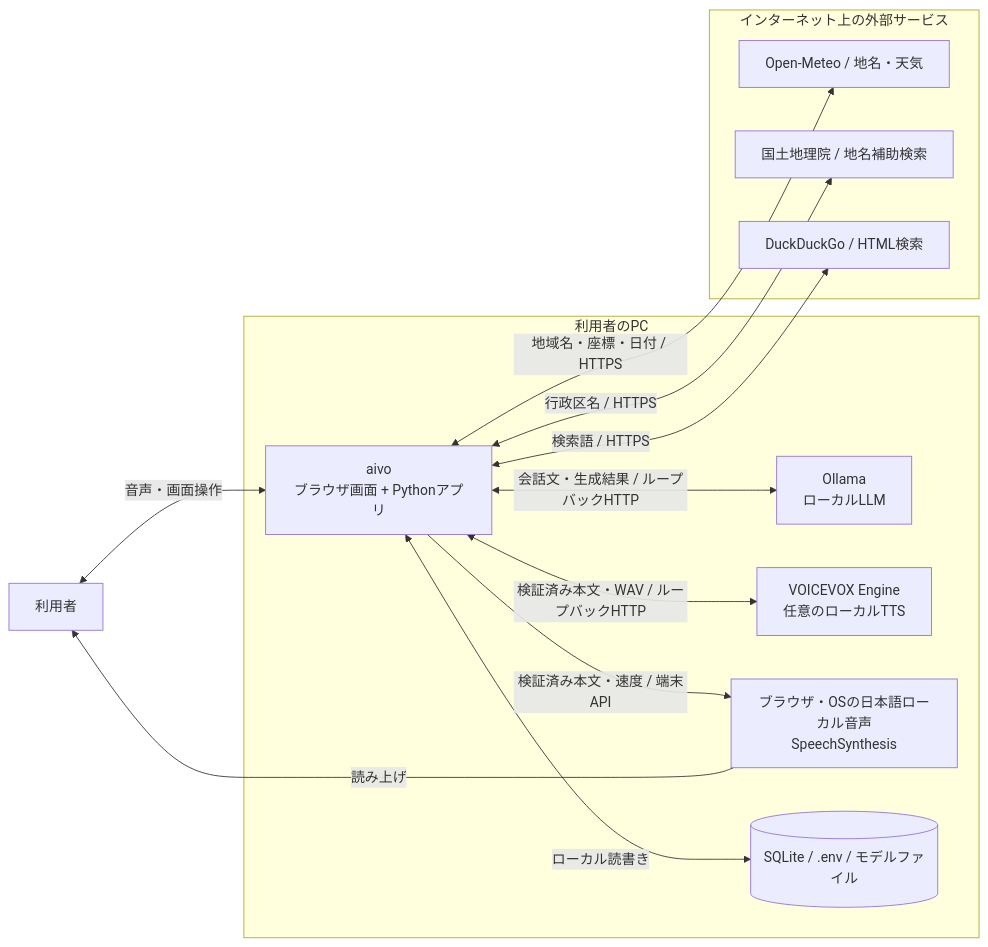
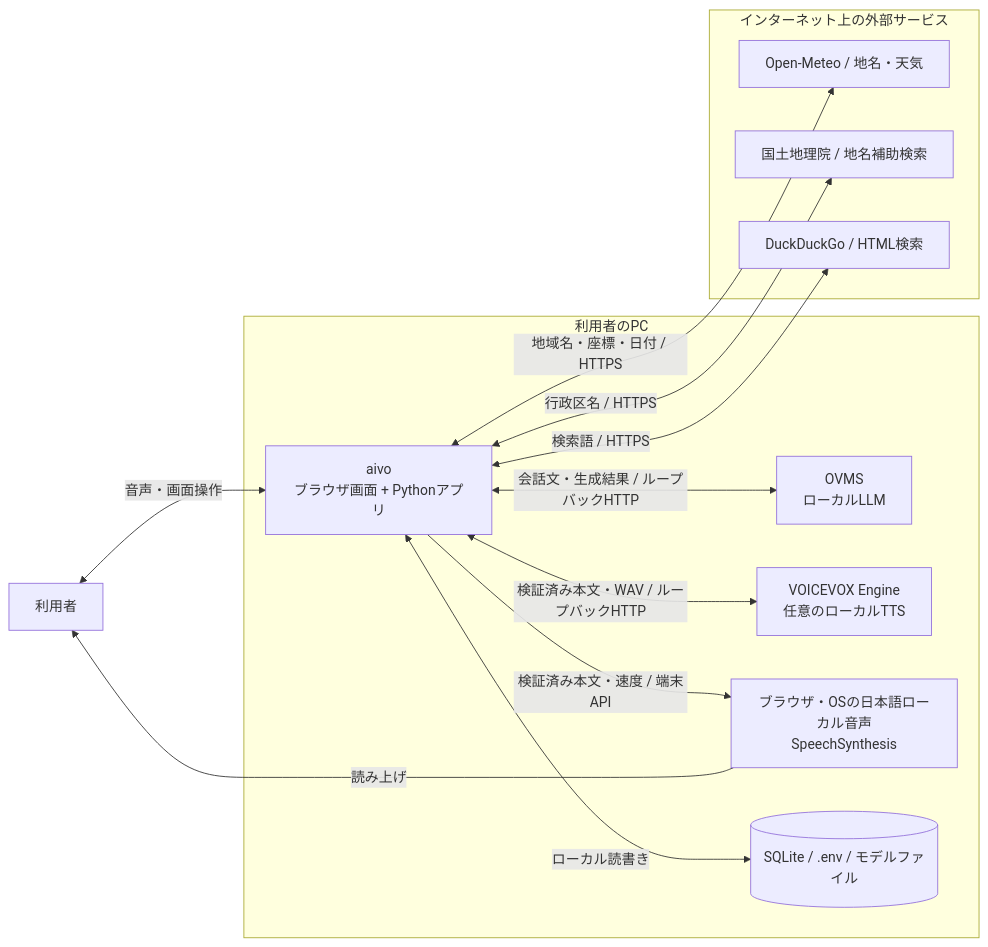
One commit to kazukiminemura/aivo changed the first of 5 diagrams in docs/architecture.md. Above: the diagram before and after it, drawn with Mermaid. The commit also changed other lines of this file and 27 other files, not shown here.

````diff
--- a/docs/architecture.md
+++ b/docs/architecture.md
@@ -17,25 +17,25 @@
 ```mermaid
 flowchart LR
     U[利用者]
     subgraph PC[利用者のPC]
         A["aivo<br/>ブラウザ画面 + Pythonアプリ"]
-        O["Ollama<br/>ローカルLLM"]
+        O["OVMS<br/>ローカルLLM"]
         V["VOICEVOX Engine<br/>任意のローカルTTS"]
         S["ブラウザ・OSの日本語ローカル音声<br/>SpeechSynthesis"]
         D[("SQLite / .env / モデルファイル")]
     end
     subgraph NET[インターネット上の外部サービス]
         M[Open-Meteo / 地名・天気]
         G[国土地理院 / 地名補助検索]
         Q[DuckDuckGo / HTML検索]
     end
     U <-->|音声・画面操作| A
     A <-->|会話文・生成結果 / ループバックHTTP| O
     A <-->|検証済み本文・WAV / ループバックHTTP| V
     A -->|検証済み本文・速度 / 端末API| S
     S -->|読み上げ| U
     A <-->|ローカル読書き| D
     A <-->|地域名・座標・日付 / HTTPS| M
     A <-->|行政区名 / HTTPS| G
     A <-->|検索語 / HTTPS| Q
 ```
````
